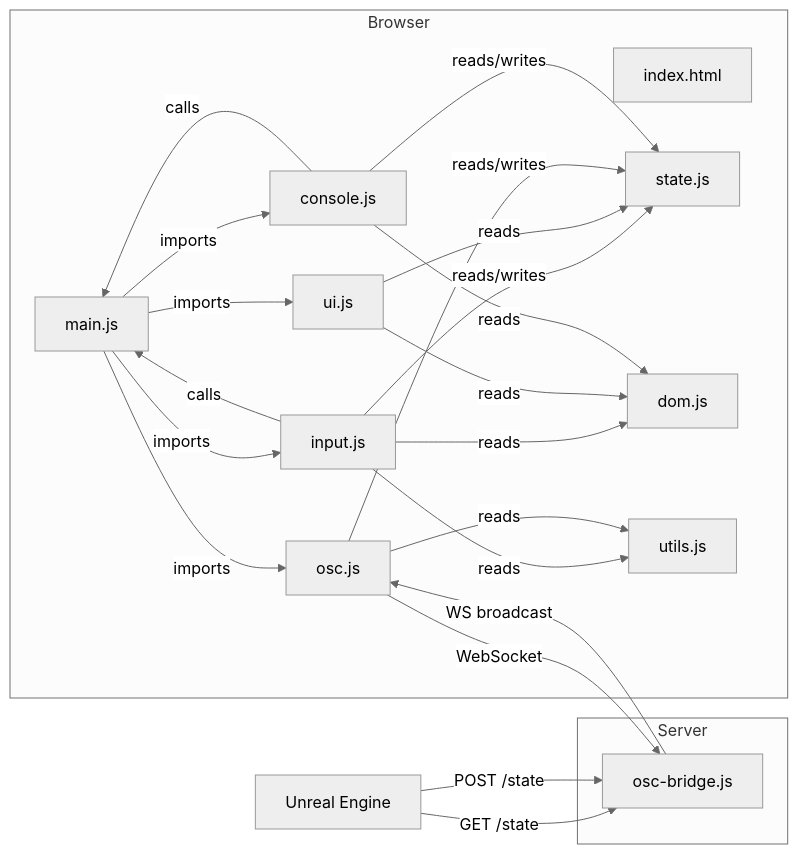
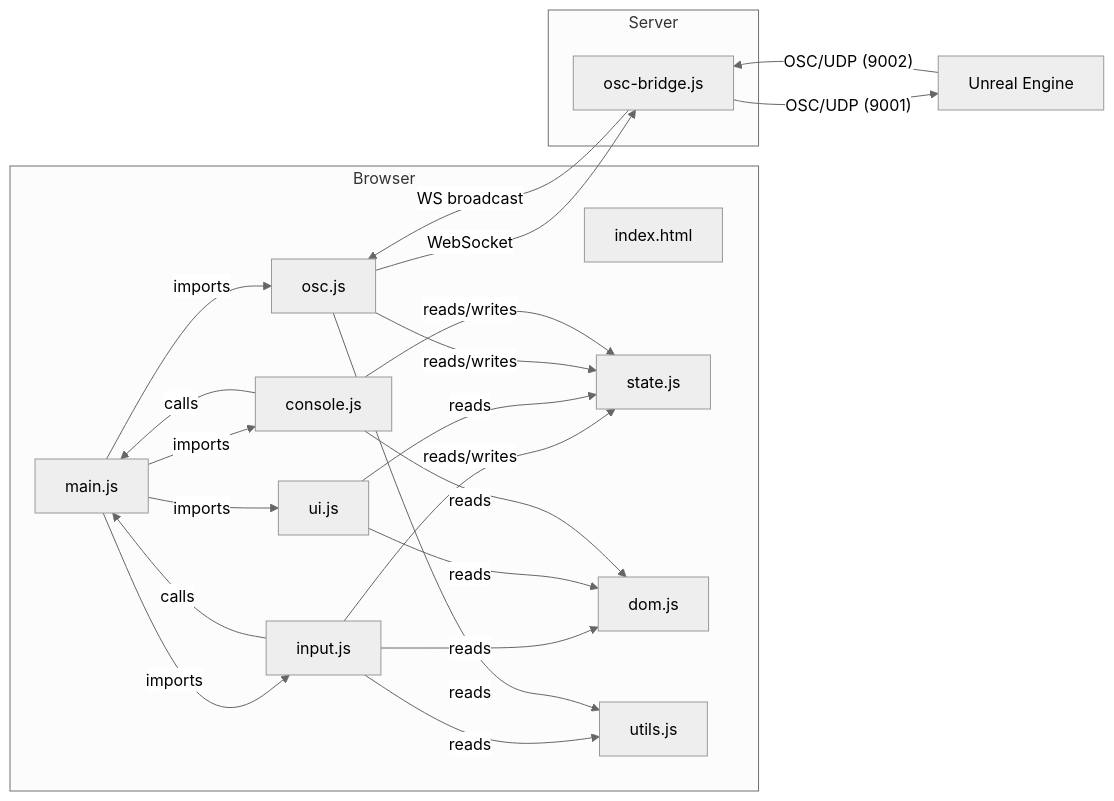
One commit to caisarhadi/OSC_Deck changed the second of 2 diagrams in ARCHITECTURE.md. Above: the diagram before and after it, drawn with Mermaid (neutral theme). The commit also changed other lines of this file and 2 other files, not shown here.

Commit message:
complete migration to fully OSC roundtrip

````diff
--- a/ARCHITECTURE.md
+++ b/ARCHITECTURE.md
@@ -19,41 +19,41 @@
 ```mermaid
 graph LR
     subgraph Browser
         HTML["index.html"]
         MAIN["main.js"]
         INPUT["input.js"]
         UI["ui.js"]
         OSC["osc.js"]
         STATE["state.js"]
         DOM["dom.js"]
         CONSOLE["console.js"]
         UTILS["utils.js"]
     end
 
     subgraph Server
         BRIDGE["osc-bridge.js"]
     end
 
     UE["Unreal Engine"]
 
     MAIN -->|imports| INPUT
     MAIN -->|imports| CONSOLE
     MAIN -->|imports| UI
     MAIN -->|imports| OSC
     INPUT -->|reads/writes| STATE
     INPUT -->|reads| DOM
     INPUT -->|reads| UTILS
     INPUT -->|calls| MAIN
     UI -->|reads| STATE
     UI -->|reads| DOM
     OSC -->|reads/writes| STATE
     OSC -->|reads| UTILS
     CONSOLE -->|reads| DOM
     CONSOLE -->|reads/writes| STATE
     CONSOLE -->|calls| MAIN
 
     OSC -->|"WebSocket"| BRIDGE
-    UE -->|"GET /state"| BRIDGE
-    UE -->|"POST /state"| BRIDGE
+    UE -->|"OSC/UDP (9002)"| BRIDGE
+    BRIDGE -->|"OSC/UDP (9001)"| UE
     BRIDGE -->|"WS broadcast"| OSC
 ```
````
